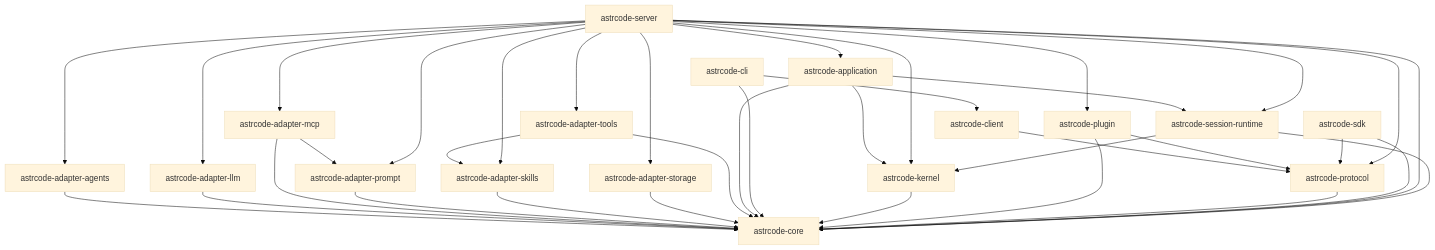
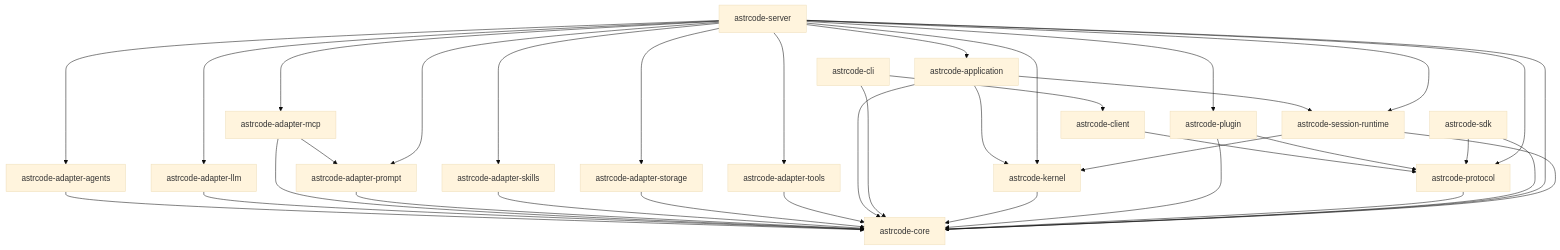
The diagram in docs/architecture/crates-dependency-graph.md (whatevertogo/Astrcode), drawn with Mermaid (base theme) before and after one commit. The commit also changed other lines of this file, not shown here.

Commit message:
fix: 修正 astrcode-adapter-tools 的依赖关系，更新依赖计数

````diff
--- a/docs/architecture/crates-dependency-graph.md
+++ b/docs/architecture/crates-dependency-graph.md
@@ -9,40 +9,39 @@
 ```mermaid
 graph TD
   astrcode-adapter-agents[astrcode-adapter-agents] --> astrcode-core[astrcode-core]
   astrcode-adapter-llm[astrcode-adapter-llm] --> astrcode-core[astrcode-core]
   astrcode-adapter-mcp[astrcode-adapter-mcp] --> astrcode-adapter-prompt[astrcode-adapter-prompt]
   astrcode-adapter-mcp[astrcode-adapter-mcp] --> astrcode-core[astrcode-core]
   astrcode-adapter-prompt[astrcode-adapter-prompt] --> astrcode-core[astrcode-core]
   astrcode-adapter-skills[astrcode-adapter-skills] --> astrcode-core[astrcode-core]
   astrcode-adapter-storage[astrcode-adapter-storage] --> astrcode-core[astrcode-core]
-  astrcode-adapter-tools[astrcode-adapter-tools] --> astrcode-adapter-skills[astrcode-adapter-skills]
   astrcode-adapter-tools[astrcode-adapter-tools] --> astrcode-core[astrcode-core]
   astrcode-application[astrcode-application] --> astrcode-core[astrcode-core]
   astrcode-application[astrcode-application] --> astrcode-kernel[astrcode-kernel]
   astrcode-application[astrcode-application] --> astrcode-session-runtime[astrcode-session-runtime]
   astrcode-cli[astrcode-cli] --> astrcode-client[astrcode-client]
   astrcode-cli[astrcode-cli] --> astrcode-core[astrcode-core]
   astrcode-client[astrcode-client] --> astrcode-protocol[astrcode-protocol]
   astrcode-core[astrcode-core]
   astrcode-kernel[astrcode-kernel] --> astrcode-core[astrcode-core]
   astrcode-plugin[astrcode-plugin] --> astrcode-core[astrcode-core]
   astrcode-plugin[astrcode-plugin] --> astrcode-protocol[astrcode-protocol]
   astrcode-protocol[astrcode-protocol] --> astrcode-core[astrcode-core]
   astrcode-sdk[astrcode-sdk] --> astrcode-core[astrcode-core]
   astrcode-sdk[astrcode-sdk] --> astrcode-protocol[astrcode-protocol]
   astrcode-server[astrcode-server] --> astrcode-adapter-agents[astrcode-adapter-agents]
   astrcode-server[astrcode-server] --> astrcode-adapter-llm[astrcode-adapter-llm]
   astrcode-server[astrcode-server] --> astrcode-adapter-mcp[astrcode-adapter-mcp]
   astrcode-server[astrcode-server] --> astrcode-adapter-prompt[astrcode-adapter-prompt]
   astrcode-server[astrcode-server] --> astrcode-adapter-skills[astrcode-adapter-skills]
   astrcode-server[astrcode-server] --> astrcode-adapter-storage[astrcode-adapter-storage]
   astrcode-server[astrcode-server] --> astrcode-adapter-tools[astrcode-adapter-tools]
   astrcode-server[astrcode-server] --> astrcode-application[astrcode-application]
   astrcode-server[astrcode-server] --> astrcode-core[astrcode-core]
   astrcode-server[astrcode-server] --> astrcode-kernel[astrcode-kernel]
   astrcode-server[astrcode-server] --> astrcode-plugin[astrcode-plugin]
   astrcode-server[astrcode-server] --> astrcode-protocol[astrcode-protocol]
   astrcode-server[astrcode-server] --> astrcode-session-runtime[astrcode-session-runtime]
   astrcode-session-runtime[astrcode-session-runtime] --> astrcode-core[astrcode-core]
   astrcode-session-runtime[astrcode-session-runtime] --> astrcode-kernel[astrcode-kernel]
 ```
````
